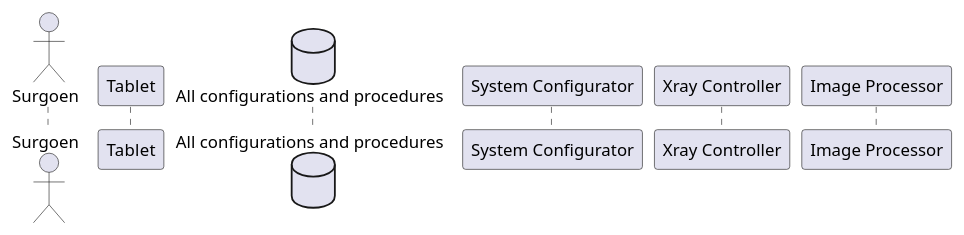
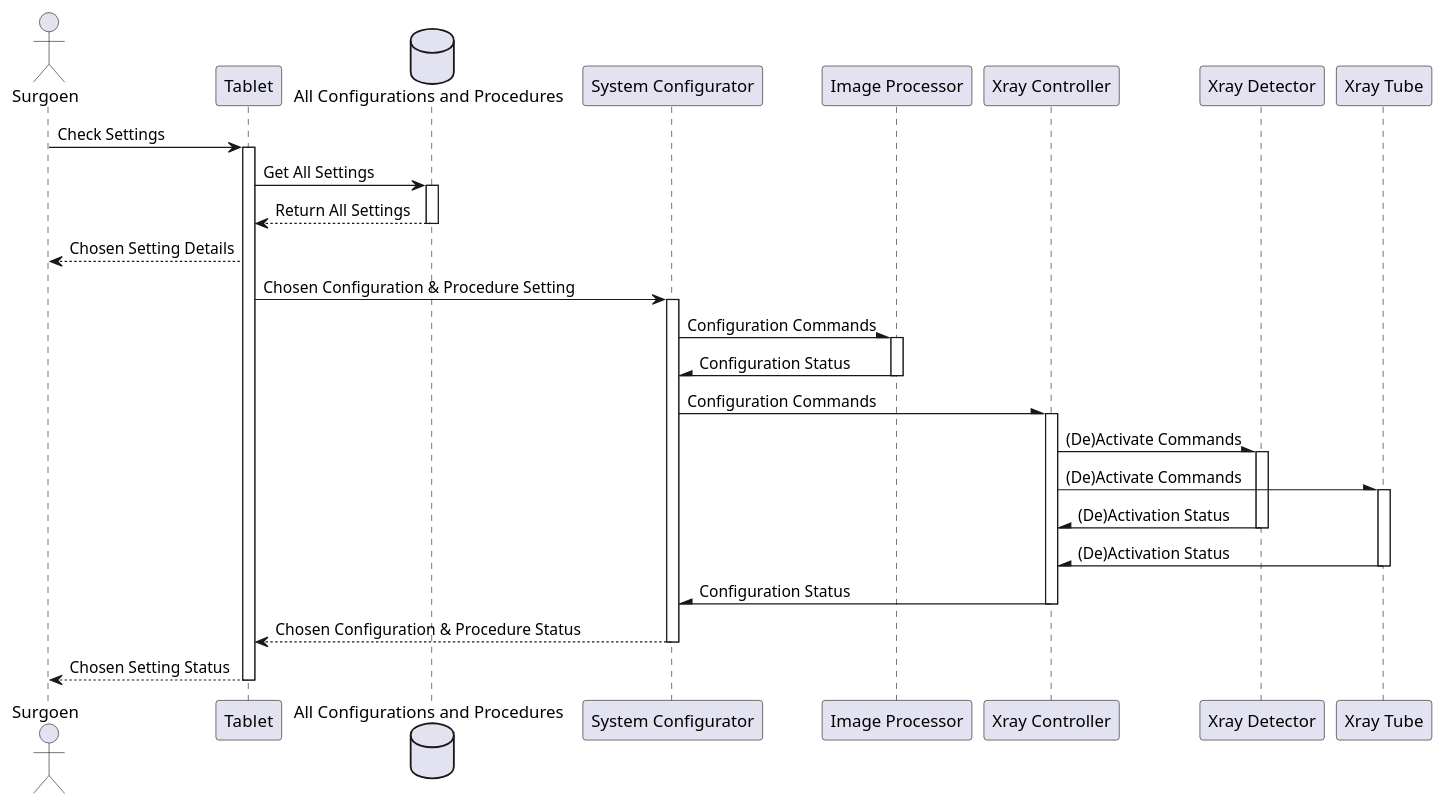
Before and after one commit to JCLLi/Software-System-Traning: the diagram in sequence-config/src.puml, drawn with PlantUML.

Commit message:
config sequence diagram

```diff
--- a/sequence-config/src.puml
+++ b/sequence-config/src.puml
@@ -1,13 +1,49 @@
 @startuml
 actor "Surgoen" as doctor
 participant "Tablet" as tablet
-database "All configurations and procedures" as database
+database "All Configurations and Procedures" as database
 participant "System Configurator" as configurator
+participant "Image Processor" as processor
 participant "Xray Controller" as controller
-participant "Image Processor" as processor
+participant "Xray Detector" as detector
+participant "Xray Tube" as tube
 
+doctor -> tablet : Check Settings
+activate tablet
+
+tablet -> database : Get All Settings
+activate database
+database --> tablet : Return All Settings
+deactivate database
+
+tablet --> doctor : Chosen Setting Details
+tablet -> configurator : Chosen Configuration & Procedure Setting
+activate configurator
+
+configurator -\ processor : Configuration Commands
+activate processor
+processor -\ configurator : Configuration Status
+deactivate processor
+
+configurator -\ controller : Configuration Commands
+activate controller
+
+controller -\ detector : (De)Activate Commands
+activate detector
+controller -\ tube : (De)Activate Commands
+activate tube
+detector -\ controller : (De)Activation Status
+deactivate detector
+tube -\ controller : (De)Activation Status
+deactivate tube
+controller -\ configurator : Configuration Status
+deactivate controller
+configurator --> tablet : Chosen Configuration & Procedure Status
+deactivate configurator
+tablet --> doctor : Chosen Setting Status
+deactivate tablet
 
 
 
 
 @enduml
```
